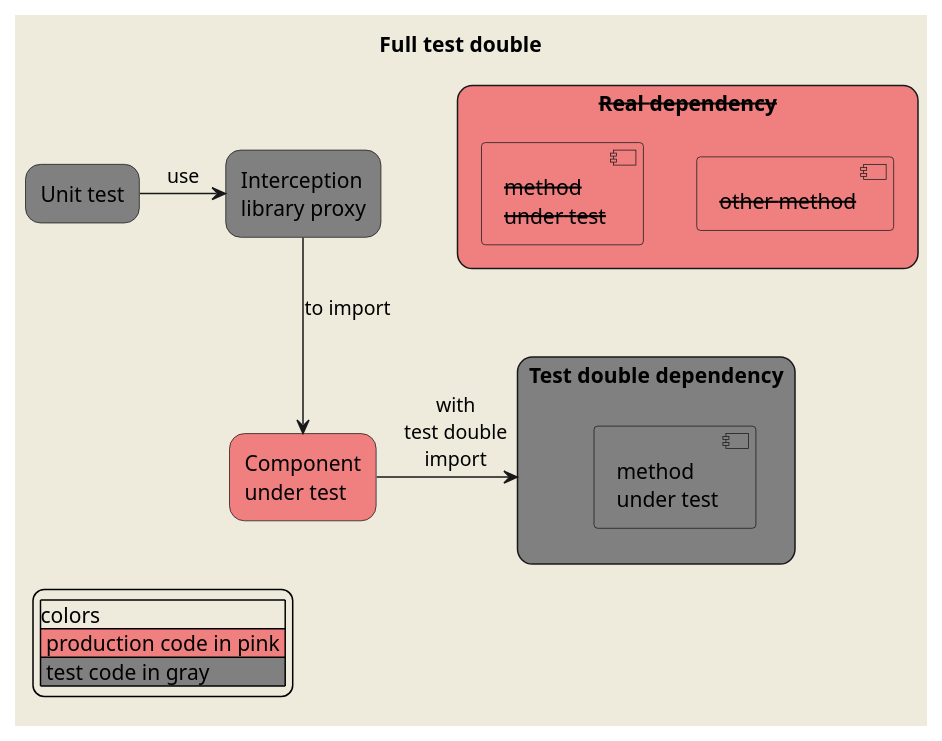
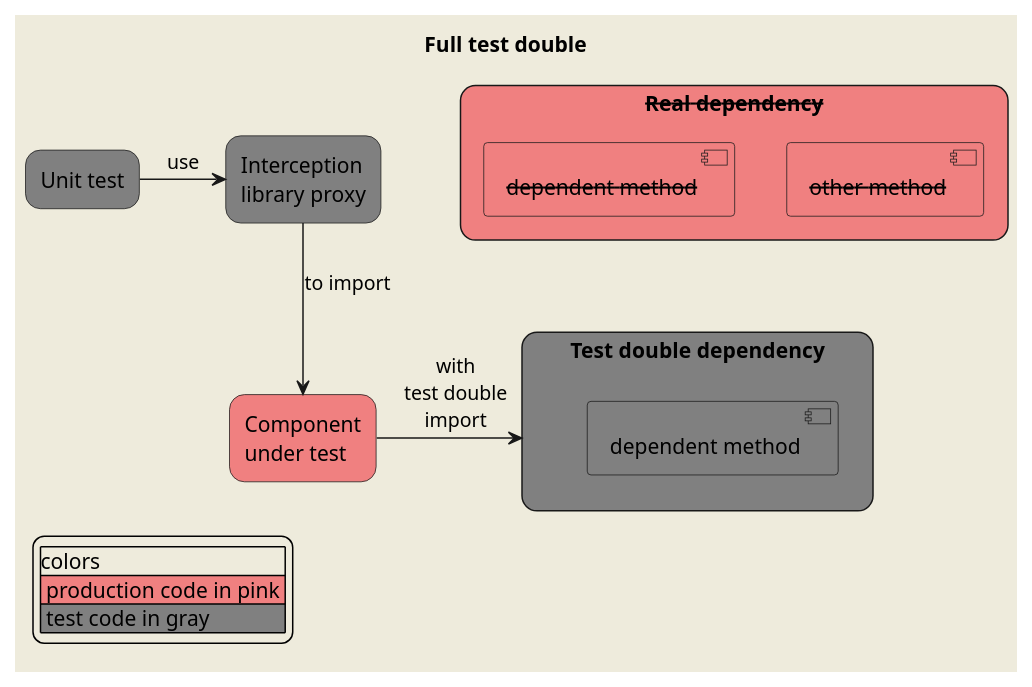
Before and after one commit to JulienRobberechts/nodejs-test-double-guide: the diagram in _schemas/test-double-full.puml, drawn with PlantUML. The commit also changed 5 other files, not shown here.

Commit message:
update diagrams

```diff
--- a/_schemas/test-double-full.puml
+++ b/_schemas/test-double-full.puml
@@ -2,37 +2,37 @@
 @startuml
 skinparam backgroundColor #EEEBDC
 
 title
   Full test double
 end title
 
 skinparam rectangle {
     roundCorner 20
 }
 
 rectangle "Unit test" as UnitTest #gray
 
 rectangle "Interception\nlibrary proxy" as InterceptionLib #gray
 
 rectangle "Component\nunder test" as cut #LightCoral
 
 rectangle "Test double dependency" as TestDoubleDependency #gray {
-  component "method\nunder test" as TestDoubleDependencyMethod #gray
+  component "dependent method" as TestDoubleDependencyMethod #gray
 }
 
 rectangle "<strike>Real dependency" as RealDependency #LightCoral {
   component "<strike>other method" as RealDependencyOtherMethod #LightCoral
-  component "<strike>method\n<strike>under test" as RealDependencyMut #LightCoral
+  component "<strike>dependent method" as RealDependencyMut #LightCoral
 }
 
 UnitTest -> InterceptionLib: use
 InterceptionLib --> cut: to import
 cut -> TestDoubleDependency: with\ntest double\nimport
 
 legend left
 |colors|
 |<#LightCoral> production code in pink |
 |<#gray> test code in gray |
 endlegend
 
 @enduml
```
